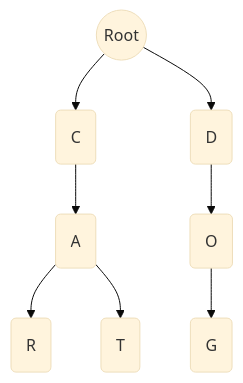
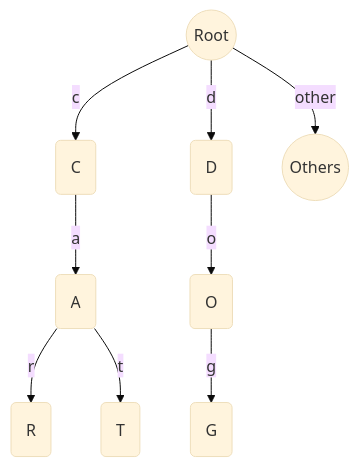
One commit to ariady-putra/aiken_trie changed the diagram in README.md. Above: the diagram before and after it, drawn with Mermaid (base theme).

Commit message:
fix: minor tweaks

````diff
--- a/README.md
+++ b/README.md
@@ -63,10 +63,11 @@
 ```mermaid
 graph TD
-    ROOT((Root)) --> C(C)
-    C --> A(A)
-    A --> R(R)
-    A --> T(T)
-    ROOT --> D(D)
-    D --> O(O)
-    O --> G(G)
+    ROOT((Root)) -->|c| C(C)
+    C -->|a| A(A)
+    A -->|r| R(R)
+    A -->|t| T(T)
+    ROOT -->|d| D(D)
+    D -->|o| O(O)
+    O -->|g| G(G)
+    ROOT -->|other| OTH((Others))
 ```
````
